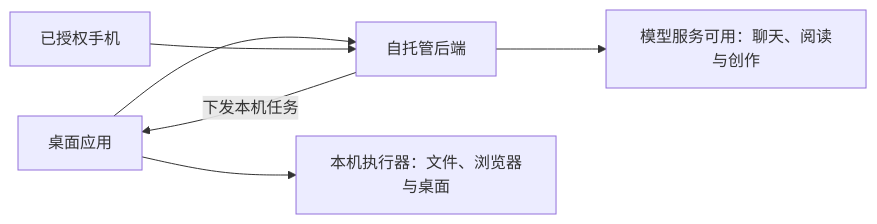
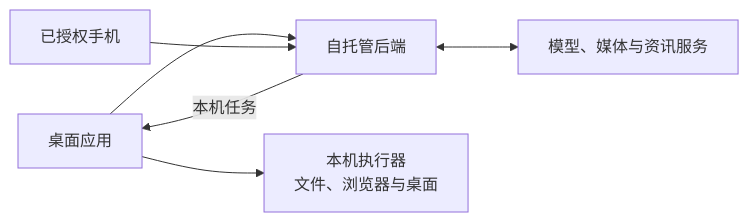
One commit to yangjinming1062/SpiritAgent changed the second of 2 diagrams in README.md. Above: the diagram before and after it, drawn with Mermaid. The commit also changed other lines of this file and 70 other files, not shown here.

````diff
--- a/README.md
+++ b/README.md
@@ -53,8 +53,8 @@
 ```mermaid
 flowchart LR
     Desktop[桌面应用] --> Cloud[自托管后端]
     Phone[已授权手机] --> Cloud
-    Cloud --> Online[模型服务可用：聊天、阅读与创作]
-    Cloud -->|下发本机任务| Desktop
-    Desktop --> Runner[本机执行器：文件、浏览器与桌面]
+    Cloud <--> Services[模型、媒体与资讯服务]
+    Cloud -->|本机任务| Desktop
+    Desktop --> Runner[本机执行器<br/>文件、浏览器与桌面]
 ```
````
